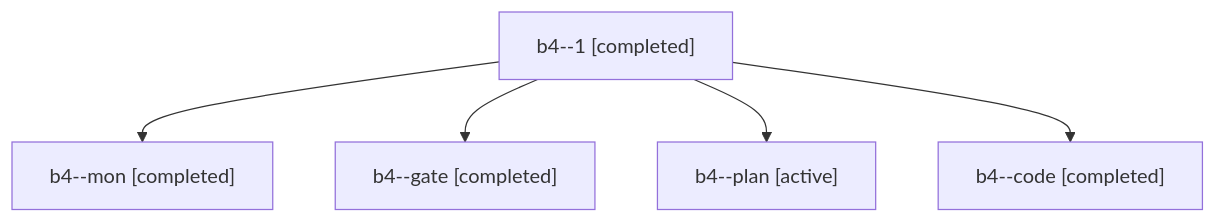
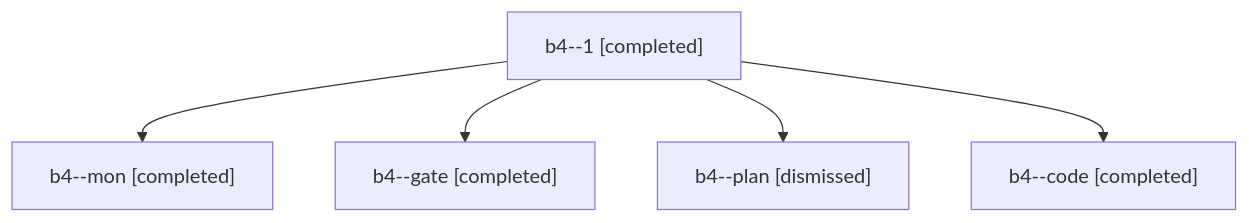
One commit to bobs-org/bob-cli--agents changed the diagram in sessions/bbugyi200.apollo.b4.md. Above: the diagram before and after it, drawn with Mermaid. The commit also changed other lines of this file and 31 other files, not shown here.

````diff
--- a/sessions/bbugyi200.apollo.b4.md
+++ b/sessions/bbugyi200.apollo.b4.md
@@ -9,12 +9,12 @@
 ```mermaid
 flowchart TD
   n0["b4--1 [completed]"]
   n1["b4--mon [completed]"]
   n0 --> n1
   n2["b4--gate [completed]"]
   n0 --> n2
-  n3["b4--plan [active]"]
+  n3["b4--plan [dismissed]"]
   n0 --> n3
   n4["b4--code [completed]"]
   n0 --> n4
 ```
````
